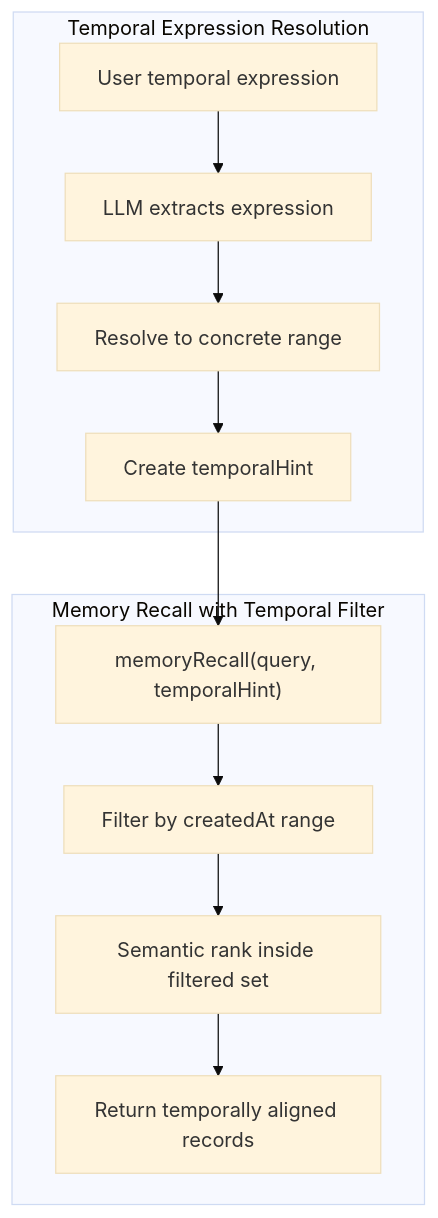
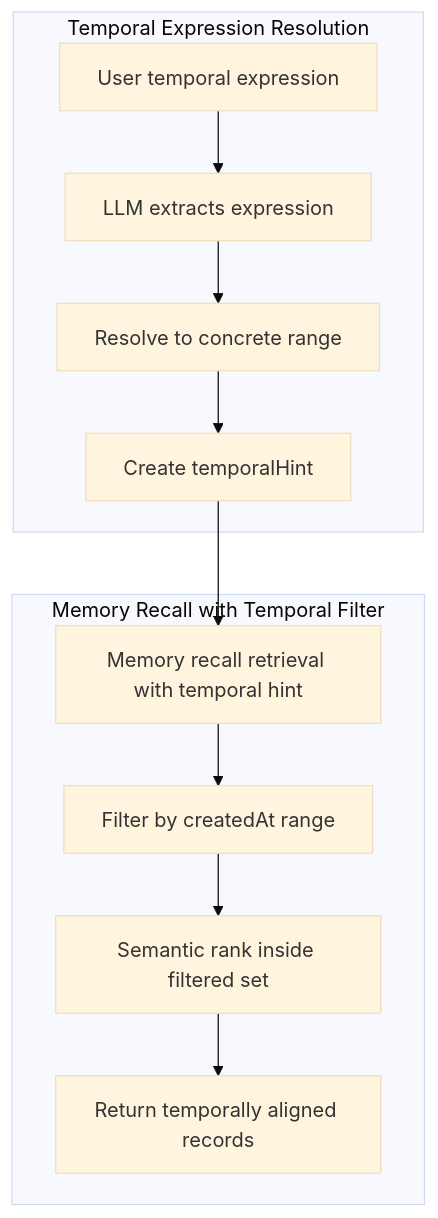
Diagram 13 of 23 in plan/05-conversation.md (1qh/safeagent), drawn with Mermaid (base theme) before and after one commit. The commit also changed other lines of this file and 18 other files, not shown here.

````diff
--- a/plan/05-conversation.md
+++ b/plan/05-conversation.md
@@ -402,22 +402,22 @@
 ```mermaid
 flowchart TB
     subgraph TEMPORAL_RESOLUTION["Temporal Expression Resolution"]
         EXPR["User temporal expression"]
         EXTRACT["LLM extracts expression"]
         RESOLVE["Resolve to concrete range"]
         HINT["Create temporalHint"]
     end
     subgraph MEMORY_RECALL["Memory Recall with Temporal Filter"]
-        RECALL["memoryRecall(query, temporalHint)"]
+        RECALL["Memory recall retrieval with temporal hint"]
         FILTER["Filter by createdAt range"]
         SEMANTIC["Semantic rank inside filtered set"]
         RESULT["Return temporally aligned records"]
     end
     EXPR --> EXTRACT
     EXTRACT --> RESOLVE
     RESOLVE --> HINT
     HINT --> RECALL
     RECALL --> FILTER
     FILTER --> SEMANTIC
     SEMANTIC --> RESULT
 ```
````
